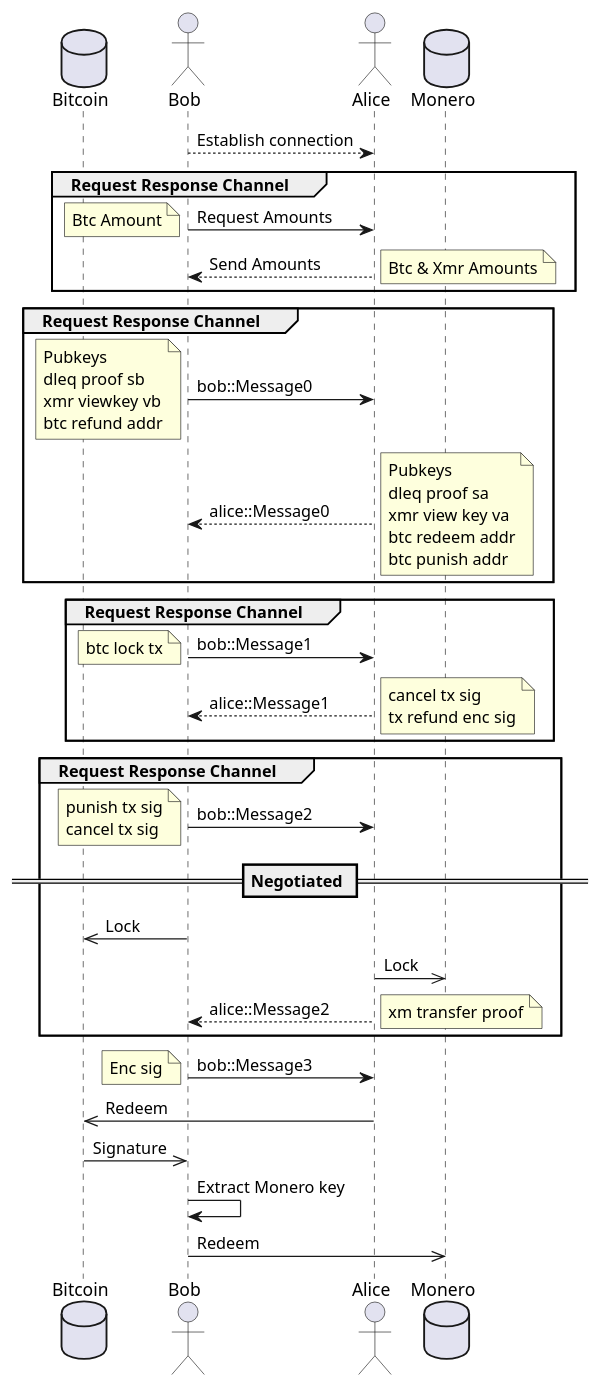
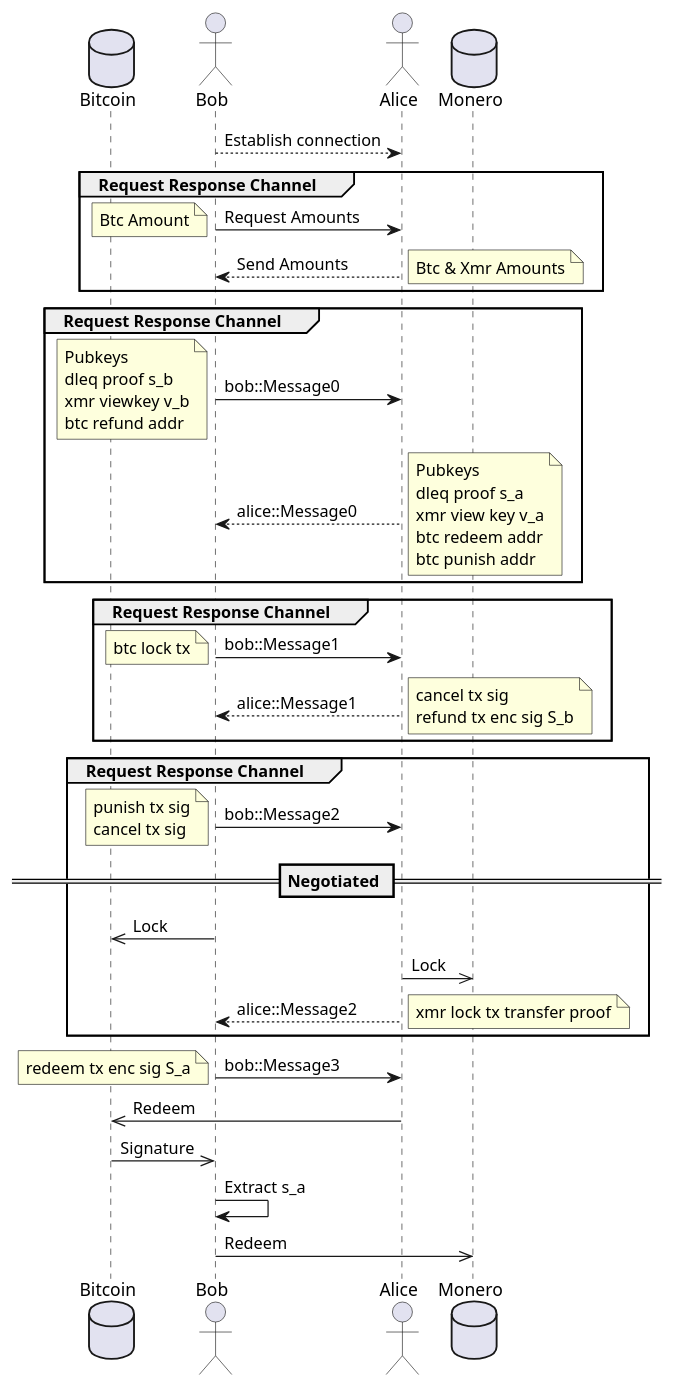
The diagram in docs/sequence.puml (comit-network/xmr-btc-swap), drawn with PlantUML before and after one commit.

Commit message:
Clarify diagram

```diff
--- a/docs/sequence.puml
+++ b/docs/sequence.puml
@@ -1,58 +1,58 @@
 @startuml
 database Bitcoin
 actor Bob
 Actor Alice
 database Monero
 
 Bob --> Alice: Establish connection
 
 group Request Response Channel
     Bob -> Alice: Request Amounts
     note left: Btc Amount
 
     Alice --> Bob: Send Amounts
     note right: Btc & Xmr Amounts
 end
 
 group Request Response Channel
     Bob -> Alice: bob::Message0
-    note left: Pubkeys\ndleq proof sb\nxmr viewkey vb\nbtc refund addr
+    note left: Pubkeys\ndleq proof s_b\nxmr viewkey v_b\nbtc refund addr
 
     Alice --> Bob: alice::Message0
-    note right: Pubkeys\ndleq proof sa\nxmr view key va\nbtc redeem addr\nbtc punish addr
+    note right: Pubkeys\ndleq proof s_a\nxmr view key v_a\nbtc redeem addr\nbtc punish addr
 end
 
 group Request Response Channel
     Bob -> Alice: bob::Message1
     note left: btc lock tx
 
     Alice --> Bob: alice::Message1
-    note right: cancel tx sig\ntx refund enc sig
+    note right: cancel tx sig\nrefund tx enc sig S_b
 end
 
 group Request Response Channel
     Bob -> Alice: bob::Message2
     note left: punish tx sig\ncancel tx sig
 
 == Negotiated ==
 
     Bob ->> Bitcoin: Lock
 
     Alice ->> Monero: Lock
 
     Alice --> Bob: alice::Message2
-    note right: xm transfer proof
+    note right: xmr lock tx transfer proof
 end
 
     Bob -> Alice: bob::Message3
-    note left: Enc sig
+    note left: redeem tx enc sig S_a
 
     Alice ->> Bitcoin: Redeem
 
     Bitcoin ->> Bob: Signature
 
-    Bob -> Bob: Extract Monero key
+    Bob -> Bob: Extract s_a
 
     Bob ->> Monero: Redeem
 
 @enduml
```
